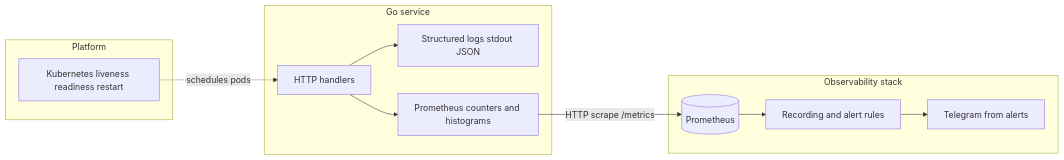
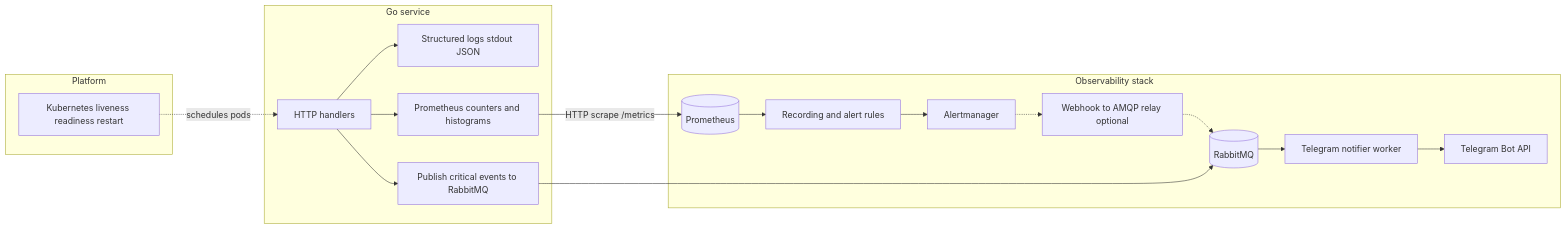
One commit to SNA-TEAM-43/Final-Project changed the third of 5 diagrams in README.md. Above: the diagram before and after it, drawn with Mermaid. The commit also changed other lines of this file and 9 other files, not shown here.

````diff
--- a/README.md
+++ b/README.md
@@ -191,27 +205,37 @@
 ```mermaid
 flowchart LR
   subgraph app[Go service]
     H[HTTP handlers]
     LOG[Structured logs stdout JSON]
     M[Prometheus counters and histograms]
+    Q[Publish critical events to RabbitMQ]
   end
 
   subgraph platform[Platform]
     KC[Kubernetes liveness readiness restart]
   end
 
   subgraph stack[Observability stack]
     P[(Prometheus)]
     R[Recording and alert rules]
-    Notify[Telegram from alerts]
+    AM2[Alertmanager]
+    REL[Webhook to AMQP relay optional]
+    RMQ2[(RabbitMQ)]
+    TW2[Telegram notifier worker]
+    TG2[Telegram Bot API]
   end
 
   H --> LOG
   H --> M
+  H --> Q
 
   KC -.->|schedules pods| H
 
   M -->|HTTP scrape /metrics| P
   P --> R
-  R --> Notify
+  R --> AM2
+  AM2 -.-> REL
+  REL -.-> RMQ2
+  Q --> RMQ2
+  RMQ2 --> TW2 --> TG2
 ```
````
